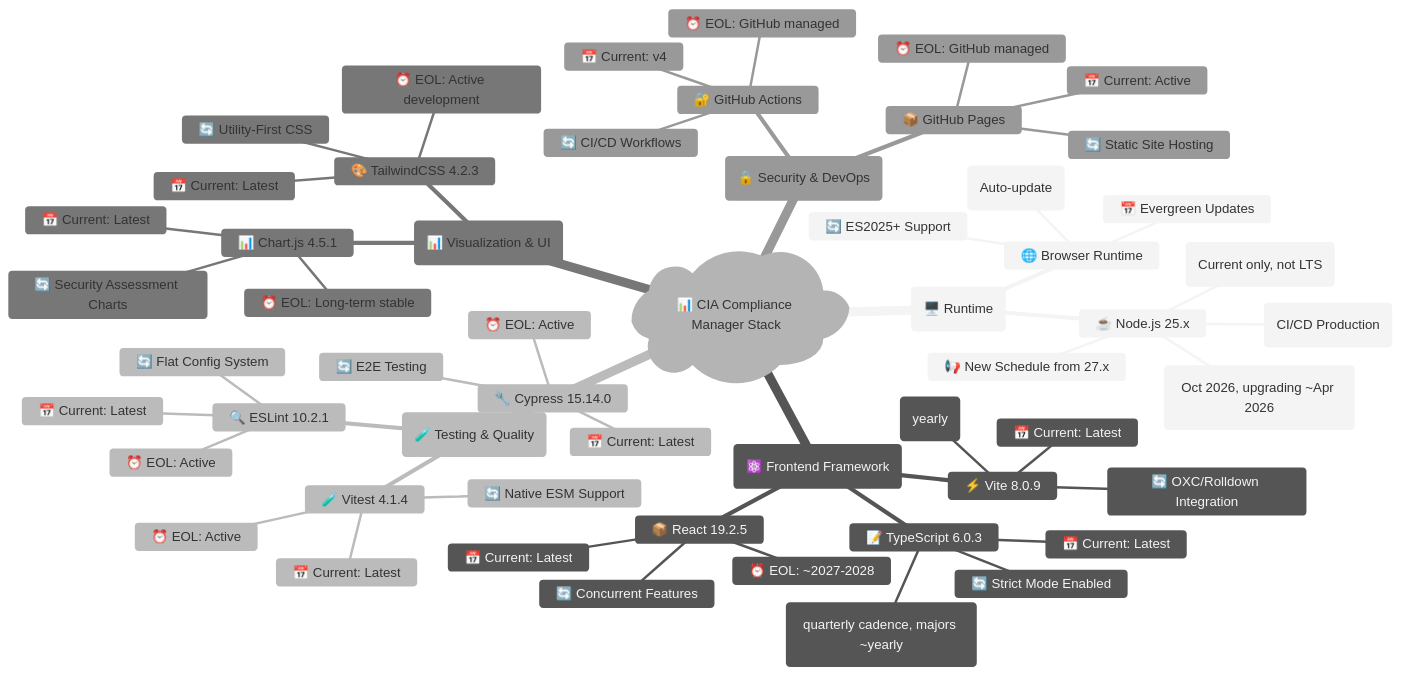
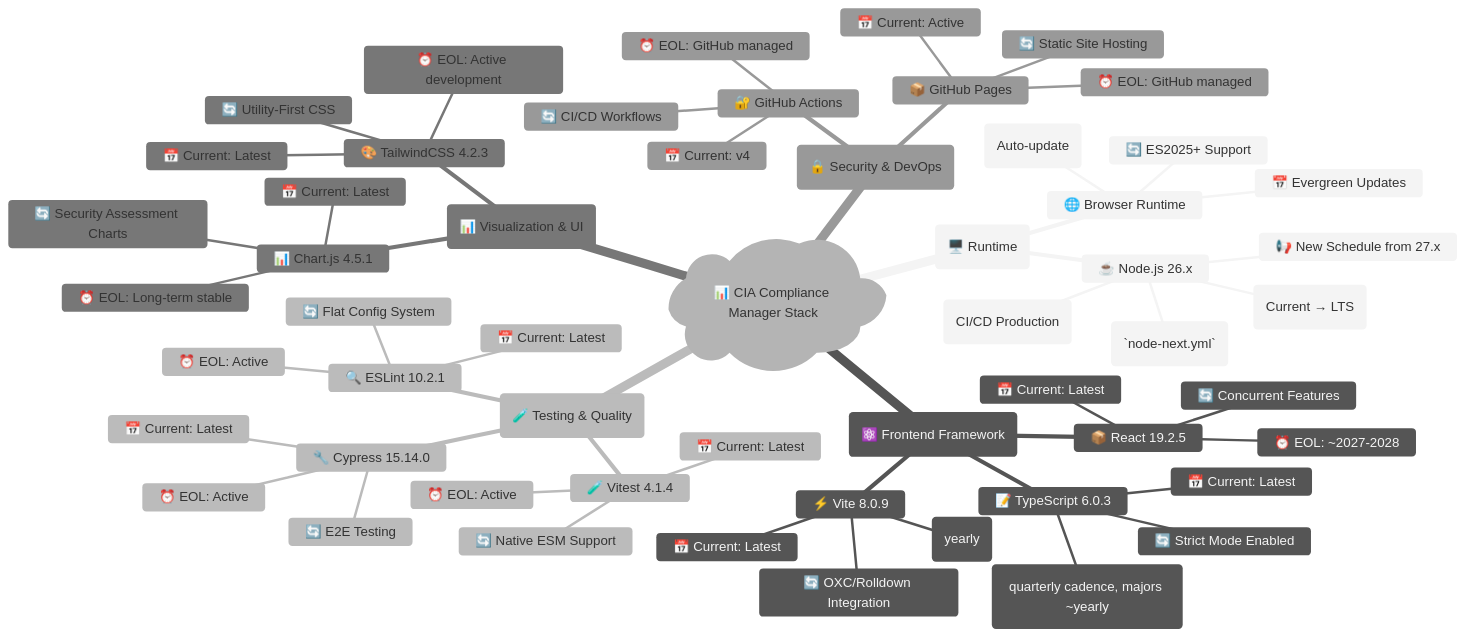
Before and after one commit to Hack23/cia-compliance-manager: the first of 9 diagrams in docs/End-of-Life-Strategy.md, drawn with Mermaid. The commit also changed other lines of this file and 15 other files, not shown here.

First line of the commit message:
chore: upgrade to Node.js 26, add Node 27 nightly workflow, update all docs

````diff
--- a/docs/End-of-Life-Strategy.md
+++ b/docs/End-of-Life-Strategy.md
@@ -51,59 +51,59 @@
 ```mermaid
 %%{init: {"theme": "neutral"}}%%
 mindmap
   root)📊 CIA Compliance Manager Stack(
     (🖥️ Runtime)
-      ☕ Node.js 25.x
-        📅 Current: 25.x (CI/CD Production)
-        ⏰ Node 25 EOL: Apr 2026 (Current only, not LTS)
-        🔄 Next LTS: Node 26 (Oct 2026, upgrading ~Apr 2026)
+      ☕ Node.js 26.x
+        📅 Current: 26.x (CI/CD Production)
+        ⏰ Node 26 LTS: Oct 2026 (Current → LTS)
+        🔬 Nightly CI: Node 27 nightly (`node-next.yml`)
         📢 New Schedule from 27.x
       🌐 Browser Runtime
         📅 Evergreen Updates
         ⏰ EOL: N/A (Auto-update)
         🔄 ES2025+ Support
     (⚛️ Frontend Framework)
       📦 React 19.2.5
         📅 Current: Latest
         ⏰ EOL: ~2027-2028
         🔄 Concurrent Features
       📝 TypeScript 6.0.3
         📅 Current: Latest
         ⏰ EOL: Active (quarterly cadence, majors ~yearly)
         🔄 Strict Mode Enabled
       ⚡ Vite 8.0.9
         📅 Current: Latest
         ⏰ EOL: Active (yearly)
         🔄 OXC/Rolldown Integration
     (🧪 Testing & Quality)
       🧪 Vitest 4.1.4
         📅 Current: Latest
         ⏰ EOL: Active
         🔄 Native ESM Support
       🔧 Cypress 15.14.0
         📅 Current: Latest
         ⏰ EOL: Active
         🔄 E2E Testing
       🔍 ESLint 10.2.1
         📅 Current: Latest
         ⏰ EOL: Active
         🔄 Flat Config System
     (📊 Visualization & UI)
       📊 Chart.js 4.5.1
         📅 Current: Latest
         ⏰ EOL: Long-term stable
         🔄 Security Assessment Charts
       🎨 TailwindCSS 4.2.3
         📅 Current: Latest
         ⏰ EOL: Active development
         🔄 Utility-First CSS
     (🔒 Security & DevOps)
       🔐 GitHub Actions
         📅 Current: v4
         ⏰ EOL: GitHub managed
         🔄 CI/CD Workflows
       📦 GitHub Pages
         📅 Current: Active
         ⏰ EOL: GitHub managed
         🔄 Static Site Hosting
 ```
````
